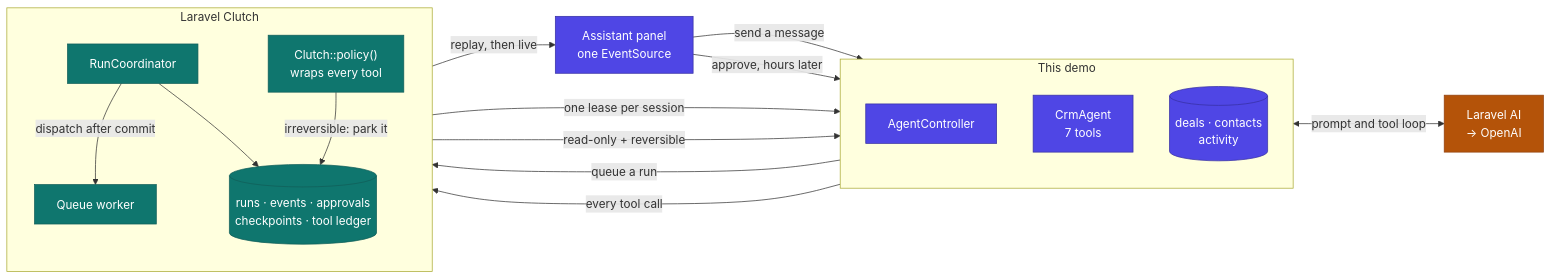
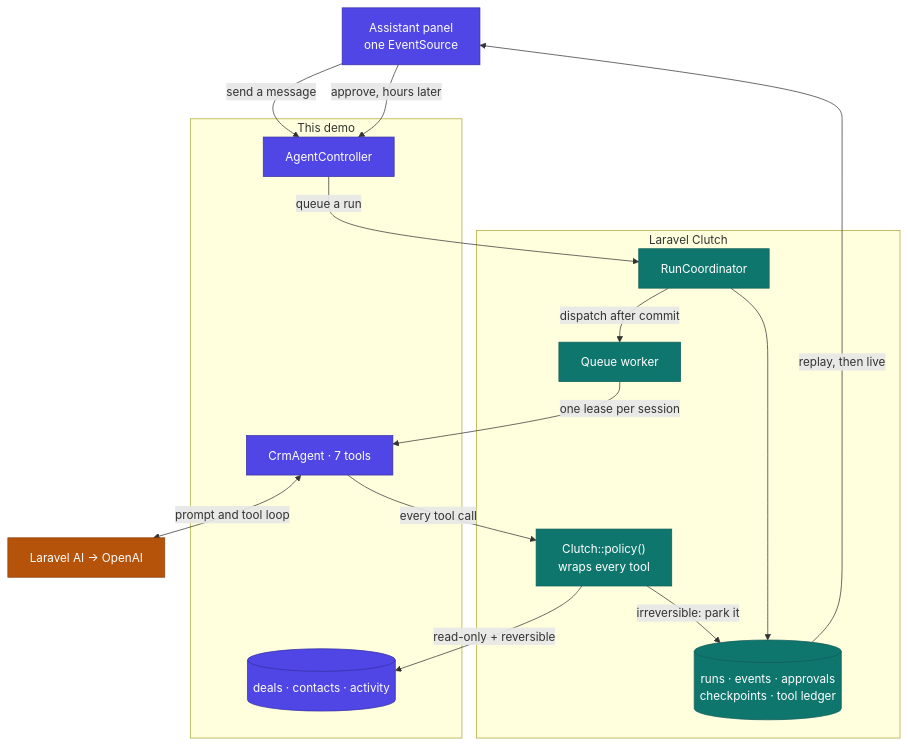
Before and after one commit to obaid/laravel-clutch-demo: the diagram in README.md, drawn with Mermaid. The commit also changed other lines of this file, not shown here.

Commit message:
Lay the diagram out vertically so it is legible at README width

````diff
--- a/README.md
+++ b/README.md
@@ -30,40 +30,38 @@
 ```mermaid
-flowchart LR
+flowchart TB
     Panel["Assistant panel<br/>one EventSource"]
 
     subgraph demo[" This demo "]
-        direction TB
         Ctl["AgentController"]
-        Agent["CrmAgent<br/>7 tools"]
-        Crm[("deals · contacts<br/>activity")]
+        Agent["CrmAgent · 7 tools"]
+        Crm[("deals · contacts · activity")]
     end
 
     subgraph pkg[" Laravel Clutch "]
-        direction TB
         Coord["RunCoordinator"]
         Worker["Queue worker"]
         Policy["Clutch::policy()<br/>wraps every tool"]
         Log[("runs · events · approvals<br/>checkpoints · tool ledger")]
     end
 
-    Provider["Laravel AI<br/>→ OpenAI"]
+    Provider["Laravel AI → OpenAI"]
 
     Panel -->|"send a message"| Ctl
     Ctl -->|"queue a run"| Coord
     Coord -->|"dispatch after commit"| Worker
+    Coord --> Log
     Worker -->|"one lease per session"| Agent
     Agent <-->|"prompt and tool loop"| Provider
     Agent -->|"every tool call"| Policy
     Policy -->|"read-only + reversible"| Crm
     Policy -->|"irreversible: park it"| Log
-    Coord --> Log
     Log -->|"replay, then live"| Panel
     Panel -->|"approve, hours later"| Ctl
 
     classDef d fill:#4f46e5,stroke:#3730a3,color:#fff
     classDef c fill:#0f766e,stroke:#115e59,color:#fff
     classDef a fill:#b45309,stroke:#92400e,color:#fff
     class Panel,Ctl,Agent,Crm d
     class Coord,Worker,Policy,Log c
     class Provider a
 ```
````
